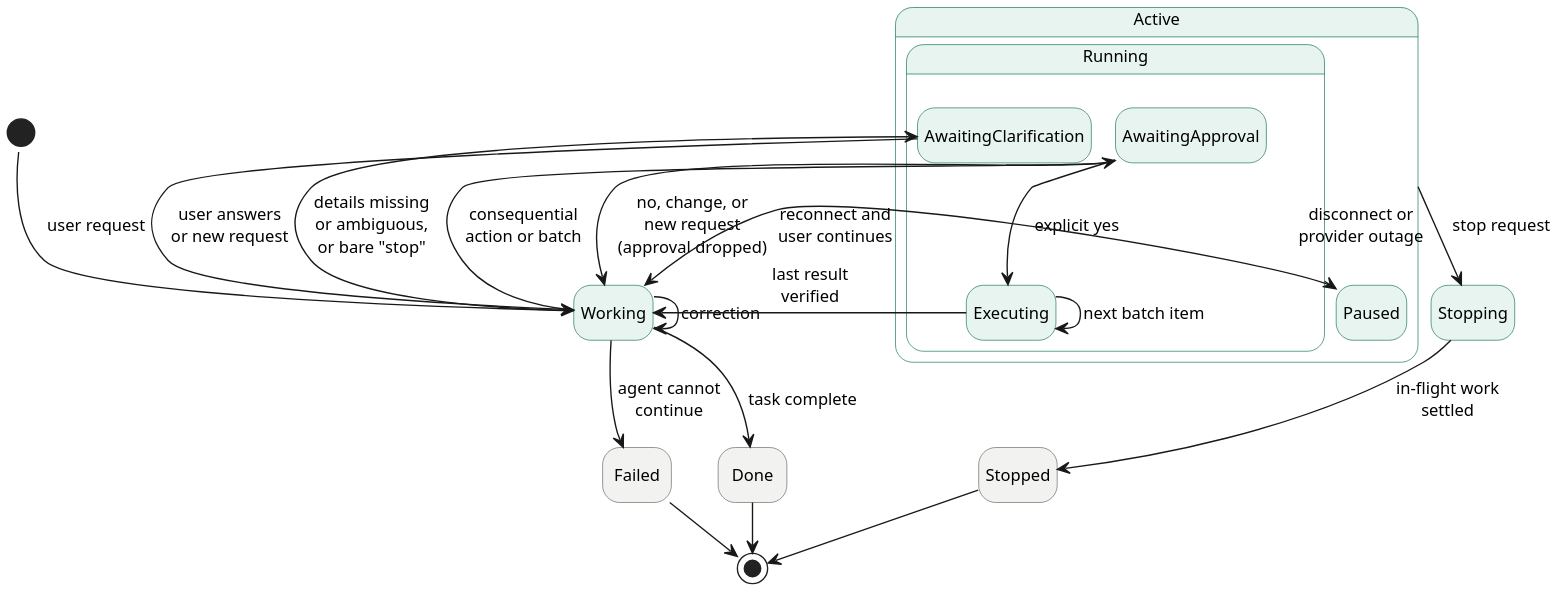
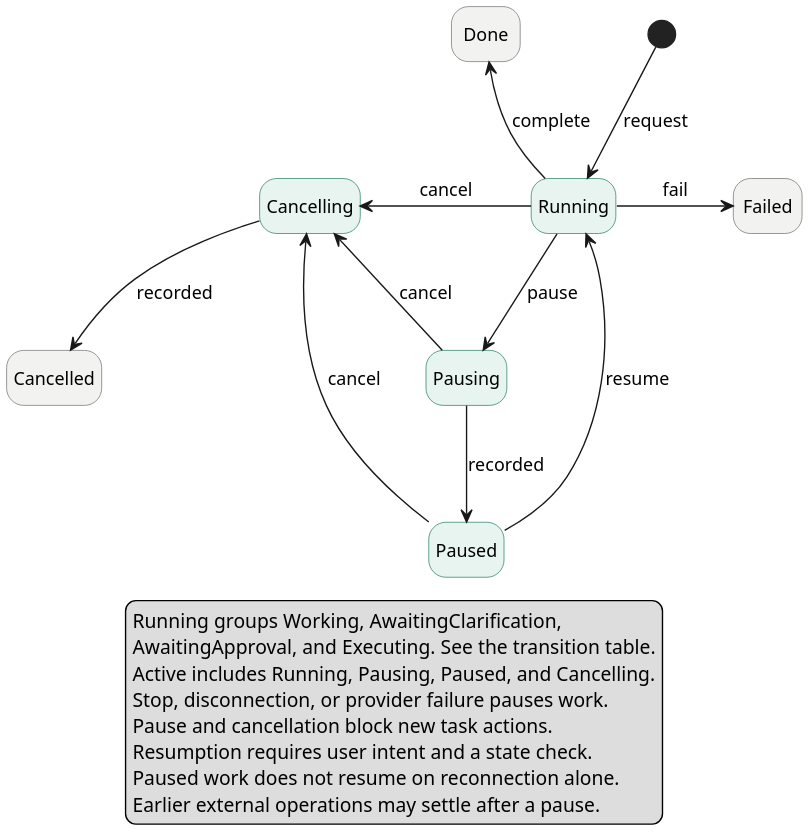
One commit to NaturalControl/natural-control changed the diagram in docs/SRS-Meyer/figures/state-diagram.puml. Above: the diagram before and after it, drawn with PlantUML. The commit also changed 13 other files, not shown here.

```diff
--- a/docs/SRS-Meyer/figures/state-diagram.puml
+++ b/docs/SRS-Meyer/figures/state-diagram.puml
@@ -1,51 +1,44 @@
 @startuml state-diagram
-!pragma layout smetana
 skinparam dpi 200
 skinparam shadowing false
 skinparam defaultFontName Helvetica
-skinparam defaultFontSize 12
+skinparam defaultFontSize 13
+skinparam nodesep 65
+skinparam ranksep 65
 skinparam state {
   BackgroundColor #E8F4EF
   BorderColor #1D7A5C
   BackgroundColor<<final>> #F2F2F0
   BorderColor<<final>> #6B6B66
 }
 hide empty description
-
-[*] --> Working : user request
-
-state Active {
-  state Running {
-    state Working
-    state AwaitingClarification
-    state AwaitingApproval
-    state Executing
-
-    Working --> AwaitingClarification : details missing\nor ambiguous,\nor bare "stop"
-    AwaitingClarification --> Working : user answers\nor new request
-    Working --> Working : correction
-    Working --> AwaitingApproval : consequential\naction or batch
-    AwaitingApproval --> Executing : explicit yes
-    AwaitingApproval --> Working : no, change, or\nnew request\n(approval dropped)
-    Executing --> Executing : next batch item
-    Executing --> Working : last result\nverified
-  }
-  state Paused
-  Running --> Paused : disconnect or\nprovider outage
-  Paused --> Working : reconnect and\nuser continues
-}
-
-state Stopping
-state Stopped <<final>>
+state "Running" as Running
+state Pausing
+state Paused
+state Cancelling
+state Cancelled <<final>>
 state Done <<final>>
 state Failed <<final>>
 
-Active --> Stopping : stop request
-Stopping --> Stopped : in-flight work\nsettled
-Working --> Done : task complete
-Working --> Failed : agent cannot\ncontinue
+[*] --> Running : request
+Running -down-> Pausing : pause
+Pausing -down-> Paused : recorded
+Paused -left-> Running : resume
+Running -up-> Done : complete
+Running -right-> Failed : fail
+Running -left-> Cancelling : cancel
+Pausing -left-> Cancelling : cancel
+Paused -left-> Cancelling : cancel
+Cancelling -down-> Cancelled : recorded
 
-Stopped --> [*]
-Done --> [*]
-Failed --> [*]
+legend bottom
+  Running groups Working, AwaitingClarification,
+  AwaitingApproval, and Executing. See the transition table.
+  Active includes Running, Pausing, Paused, and Cancelling.
+  Stop, disconnection, or provider failure pauses work.
+  Pause and cancellation block new task actions.
+  Resumption requires user intent and a state check.
+  Paused work does not resume on reconnection alone.
+  Earlier external operations may settle after a pause.
+endlegend
 @enduml
```
